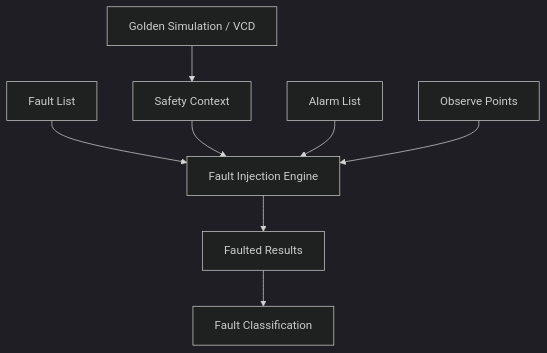
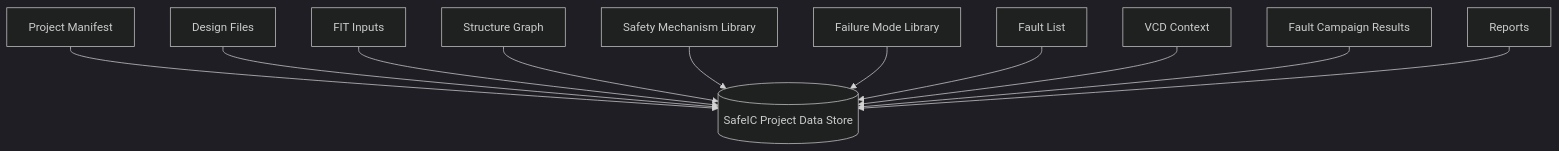
Before and after one commit to qiqixixi1001/automotive-safeic-practice: the ninth of 12 diagrams in articles/01_automotive_safeic_practice_d01_github_en_revised.md, drawn with Mermaid (dark theme). The commit also changed other lines of this file, not shown here.

````diff
--- a/articles/01_automotive_safeic_practice_d01_github_en_revised.md
+++ b/articles/01_automotive_safeic_practice_d01_github_en_revised.md
@@ -722,10 +900,13 @@
 ```mermaid
 flowchart TD
-    A[Golden Simulation / VCD] --> B[Safety Context]
-    C[Fault List] --> D[Fault Injection Engine]
-    B --> D
-    E[Alarm List] --> D
-    F[Observe Points] --> D
-    D --> G[Faulted Results]
-    G --> H[Fault Classification]
+    A[Project Manifest] --> DB[(SafeIC Project Data Store)]
+    B[Design Files] --> DB
+    C[FIT Inputs] --> DB
+    D[Structure Graph] --> DB
+    E[Safety Mechanism Library] --> DB
+    F[Failure Mode Library] --> DB
+    G[Fault List] --> DB
+    H[VCD Context] --> DB
+    I[Fault Campaign Results] --> DB
+    J[Reports] --> DB
 ```
````
